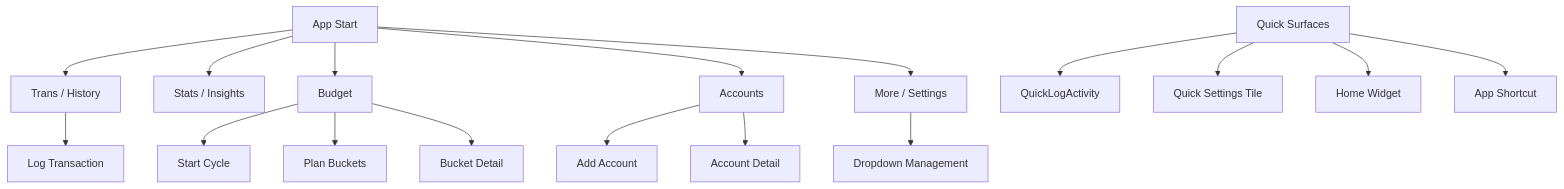
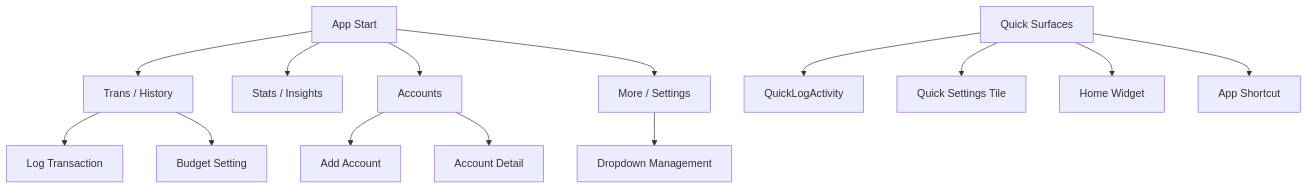
Before and after one commit to issaczerubbabela/L-Edgar: the second of 5 diagrams in docs/ARCHITECTURE.md, drawn with Mermaid. The commit also changed other lines of this file and 78 other files, not shown here.

First line of the commit message:
Revert the unreleased bucket-budget merge from main

````diff
--- a/docs/ARCHITECTURE.md
+++ b/docs/ARCHITECTURE.md
@@ -76,23 +75,20 @@
 ```mermaid
 flowchart TD
     A[App Start] --> B[Trans / History]
     A --> C[Stats / Insights]
-    A --> BG[Budget]
     A --> D[Accounts]
     A --> E[More / Settings]
 
     B --> B1[Log Transaction]
-    BG --> BG1[Start Cycle]
-    BG --> BG2[Plan Buckets]
-    BG --> BG3[Bucket Detail]
+    B --> B2[Budget Setting]
 
     D --> D1[Add Account]
     D --> D2[Account Detail]
 
     E --> E1[Dropdown Management]
 
     Q[Quick Surfaces] --> Q1[QuickLogActivity]
     Q[Quick Surfaces] --> Q2[Quick Settings Tile]
     Q[Quick Surfaces] --> Q3[Home Widget]
     Q[Quick Surfaces] --> Q4[App Shortcut]
 ```
````
